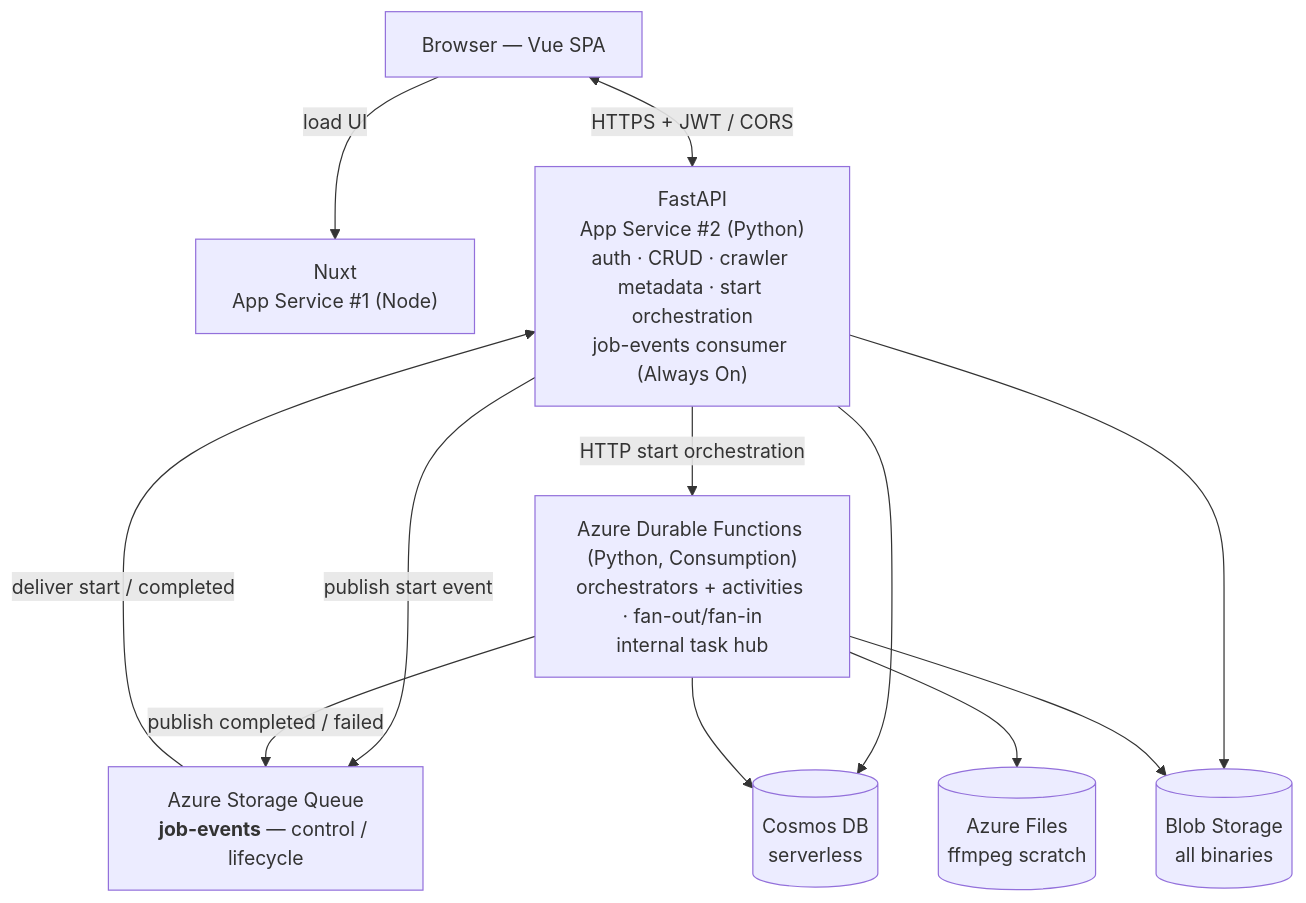
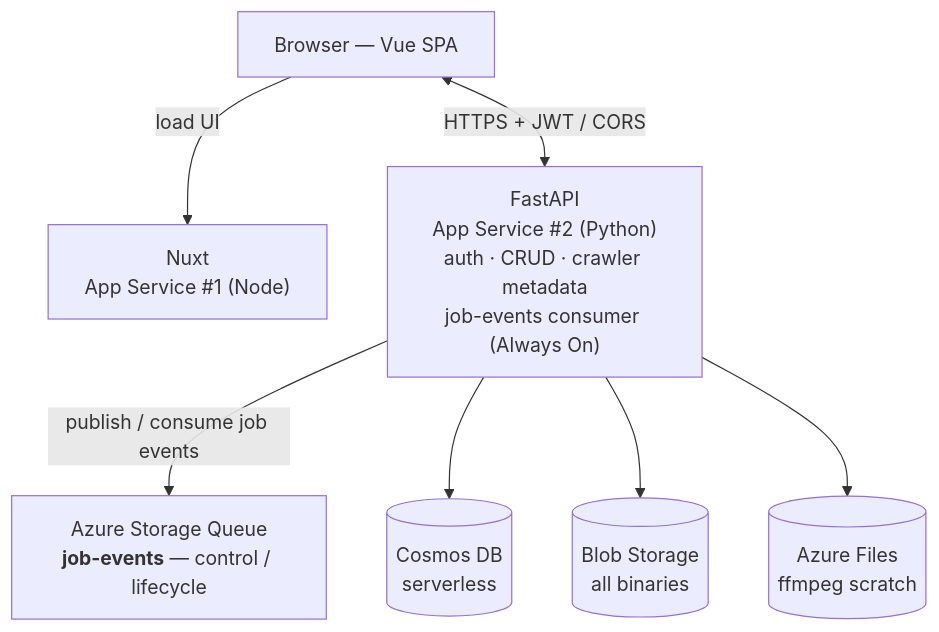
One commit to datntdev0/toolbox-media-studio changed the first of 3 diagrams in docs/architecture.md. Above: the diagram before and after it, drawn with Mermaid. The commit also changed other lines of this file and 22 other files, not shown here.

````diff
--- a/docs/architecture.md
+++ b/docs/architecture.md
@@ -24,25 +22,19 @@
 ```mermaid
 flowchart TB
     Browser["Browser — Vue SPA"]
     Nuxt["Nuxt<br/>App Service #1 (Node)"]
-    API["FastAPI<br/>App Service #2 (Python)<br/>auth · CRUD · crawler metadata · start orchestration<br/>job-events consumer (Always On)"]
+    API["FastAPI<br/>App Service #2 (Python)<br/>auth · CRUD · crawler metadata<br/>job-events consumer (Always On)"]
     Queue["Azure Storage Queue<br/><b>job-events</b> — control / lifecycle"]
-    DF["Azure Durable Functions (Python, Consumption)<br/>orchestrators + activities · fan-out/fan-in<br/>internal task hub"]
     Cosmos[("Cosmos DB<br/>serverless")]
     Blob[("Blob Storage<br/>all binaries")]
     Files[("Azure Files<br/>ffmpeg scratch")]
 
     Browser -->|load UI| Nuxt
     Browser <-->|HTTPS + JWT / CORS| API
 
-    API -->|publish start event| Queue
-    Queue -->|deliver start / completed| API
-    API -->|HTTP start orchestration| DF
-    DF -->|publish completed / failed| Queue
+    API -->|publish / consume job events| Queue
 
     API --> Cosmos
     API --> Blob
-    DF --> Cosmos
-    DF --> Blob
-    DF --> Files
+    API --> Files
 ```
````
